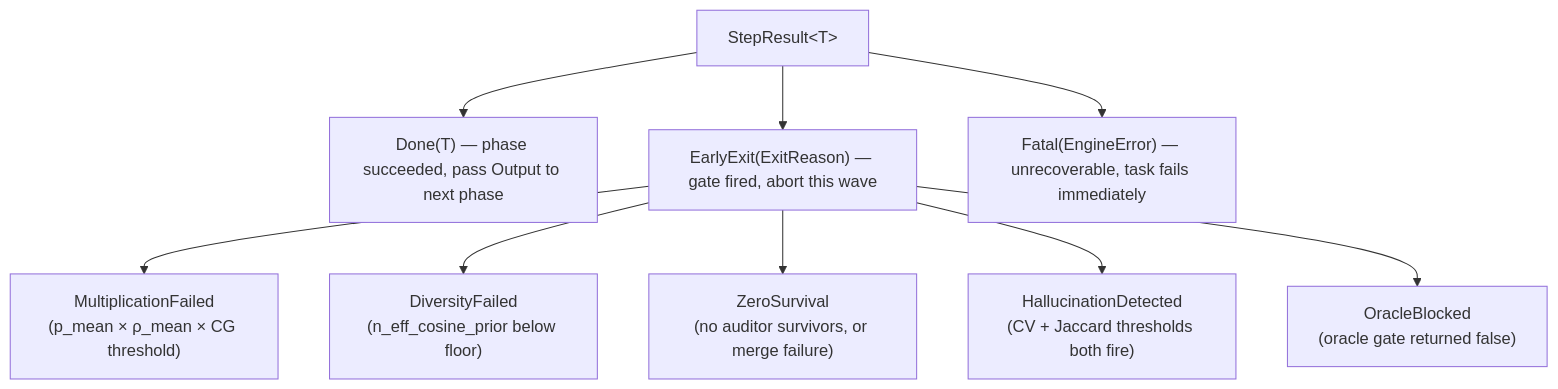
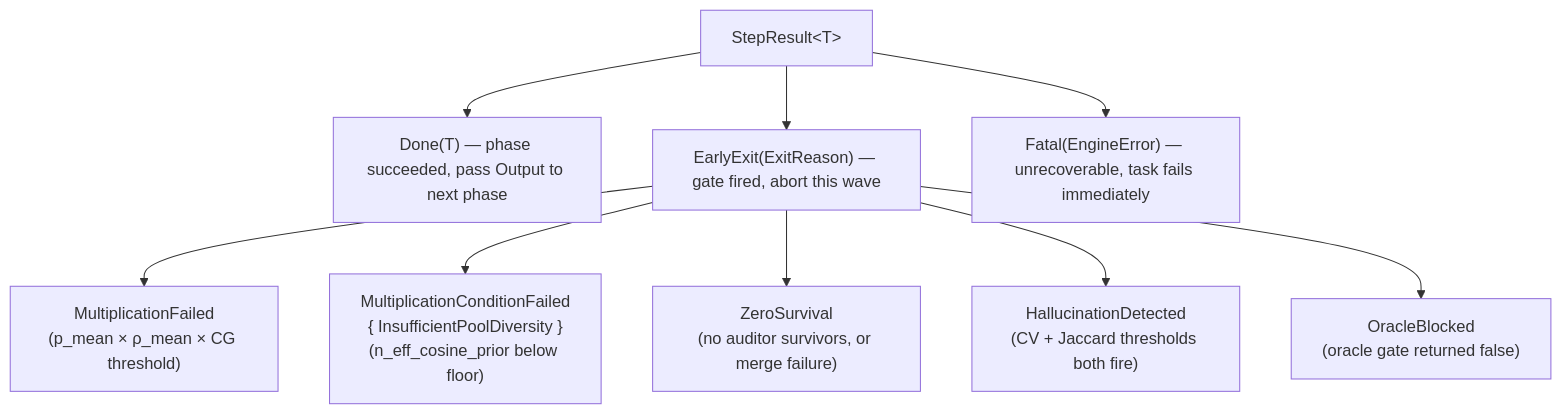
The fifth of 19 diagrams in docs/architecture/architecture.md (immediatus/h2ai-control-plane), drawn with Mermaid before and after one commit. The commit also changed other lines of this file and 41 other files, not shown here.

````diff
--- a/docs/architecture/architecture.md
+++ b/docs/architecture/architecture.md
@@ -341,12 +347,12 @@
 ```mermaid
 flowchart TD
     SR["StepResult&lt;T&gt;"] --> Done["Done(T) — phase succeeded, pass Output to next phase"]
     SR --> EarlyExit["EarlyExit(ExitReason) — gate fired, abort this wave"]
     SR --> Fatal["Fatal(EngineError) — unrecoverable, task fails immediately"]
 
     EarlyExit --> MF["MultiplicationFailed\n(p_mean × ρ_mean × CG threshold)"]
-    EarlyExit --> DF["DiversityFailed\n(n_eff_cosine_prior below floor)"]
+    EarlyExit --> IPD["MultiplicationConditionFailed\n{ InsufficientPoolDiversity }\n(n_eff_cosine_prior below floor)"]
     EarlyExit --> ZS["ZeroSurvival\n(no auditor survivors, or merge failure)"]
     EarlyExit --> HD["HallucinationDetected\n(CV + Jaccard thresholds both fire)"]
     EarlyExit --> OB["OracleBlocked\n(oracle gate returned false)"]
 ```
````
